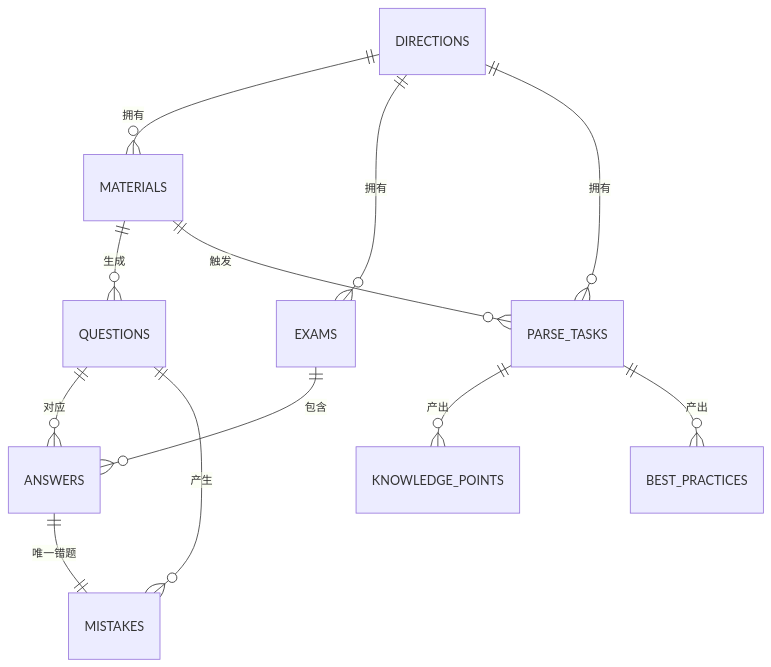
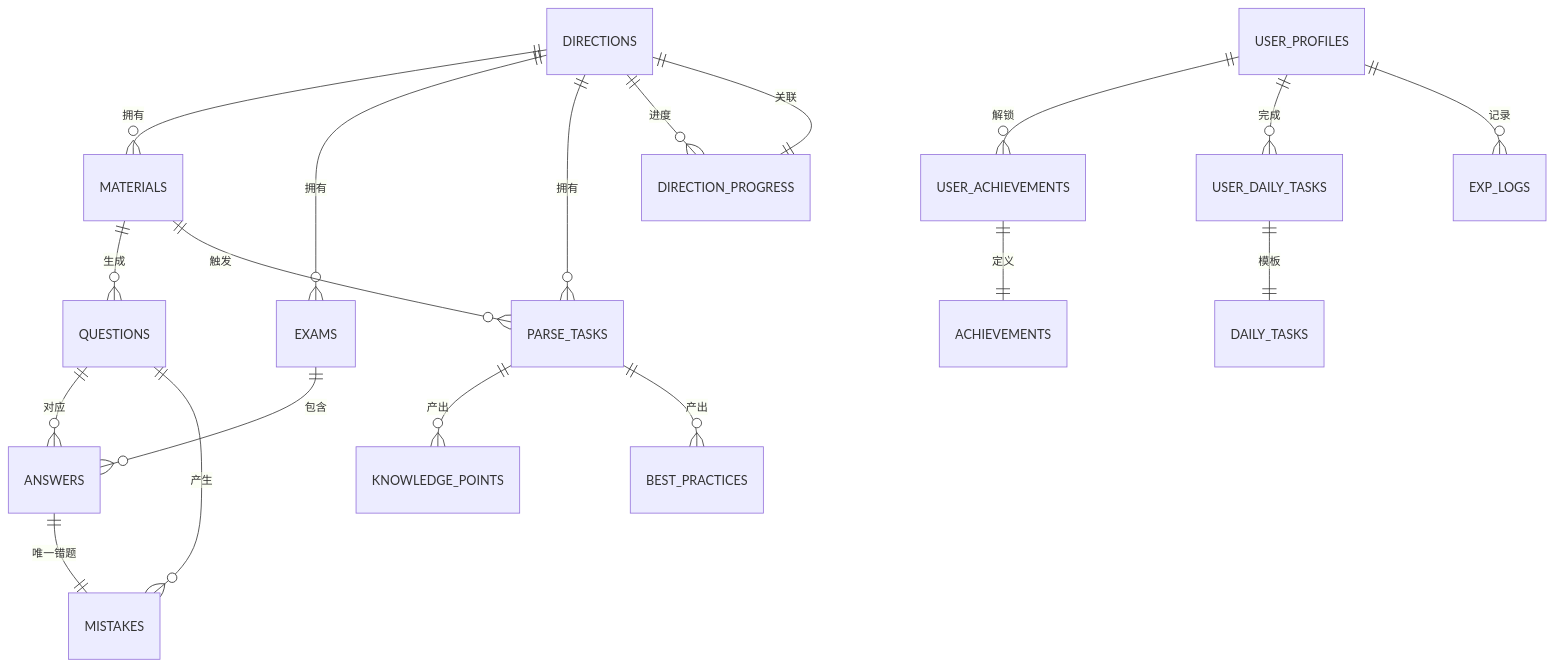
The third of 4 diagrams in .qoder/repowiki/zh/content/数据库设计/数据库设计.md (zhiwenli-jack/personal-learning-manager), drawn with Mermaid before and after one commit. The commit also changed other lines of this file and 20 other files, not shown here.

````diff
--- a/.qoder/repowiki/zh/content/数据库设计/数据库设计.md
+++ b/.qoder/repowiki/zh/content/数据库设计/数据库设计.md
@@ -148,14 +168,21 @@
 ```mermaid
 erDiagram
 DIRECTIONS ||--o{ MATERIALS : "拥有"
 DIRECTIONS ||--o{ EXAMS : "拥有"
 DIRECTIONS ||--o{ PARSE_TASKS : "拥有"
+DIRECTIONS ||--o{ DIRECTION_PROGRESS : "进度"
 MATERIALS ||--o{ QUESTIONS : "生成"
 MATERIALS ||--o{ PARSE_TASKS : "触发"
 EXAMS ||--o{ ANSWERS : "包含"
 QUESTIONS ||--o{ ANSWERS : "对应"
 QUESTIONS ||--o{ MISTAKES : "产生"
 ANSWERS ||--|| MISTAKES : "唯一错题"
 PARSE_TASKS ||--o{ KNOWLEDGE_POINTS : "产出"
 PARSE_TASKS ||--o{ BEST_PRACTICES : "产出"
+USER_PROFILES ||--o{ USER_ACHIEVEMENTS : "解锁"
+USER_PROFILES ||--o{ USER_DAILY_TASKS : "完成"
+USER_PROFILES ||--o{ EXP_LOGS : "记录"
+USER_ACHIEVEMENTS ||--|| ACHIEVEMENTS : "定义"
+USER_DAILY_TASKS ||--|| DAILY_TASKS : "模板"
+DIRECTION_PROGRESS ||--|| DIRECTIONS : "关联"
 ```
````
